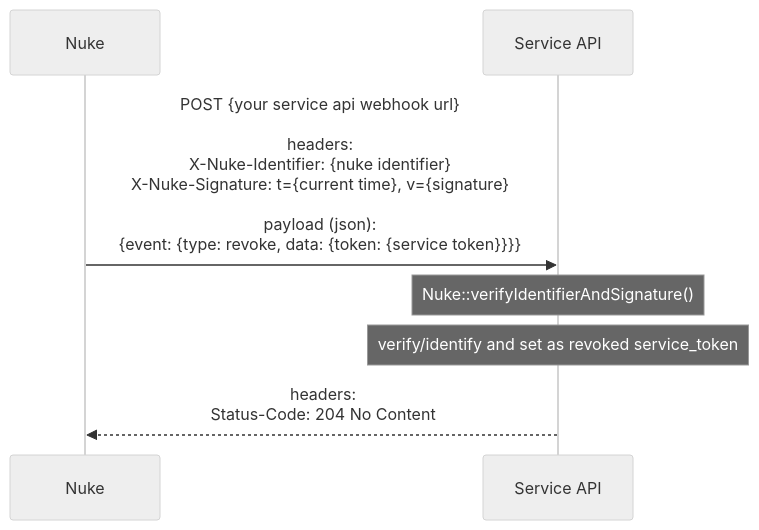
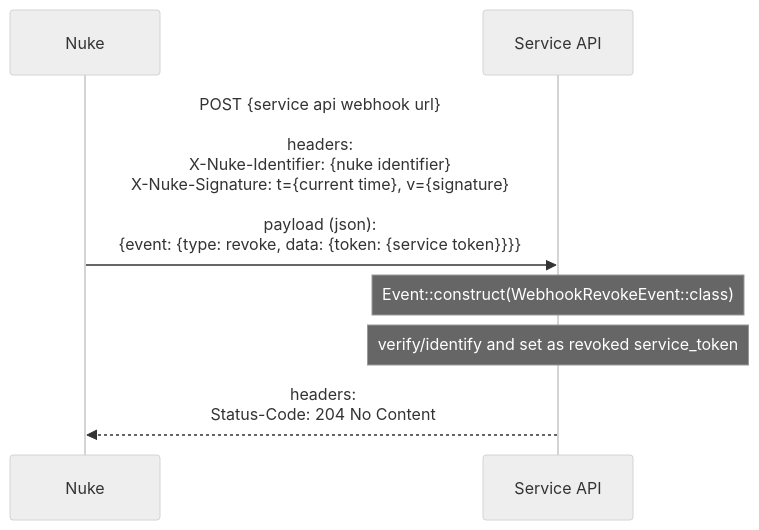
The fifth of 6 diagrams in README.md (nukefromorbit/nuke-php), drawn with Mermaid (neutral theme) before and after one commit. The commit also changed other lines of this file and 15 other files, not shown here.

Commit message:
feat(nuke): service implementation

````diff
--- a/README.md
+++ b/README.md
@@ -60,13 +86,13 @@
 ```mermaid
 sequenceDiagram
     participant nuke as Nuke
     participant service_api as Service API
 
-    nuke ->> service_api: POST {your service api webhook url}<br><br>headers:<br>X-Nuke-Identifier: {nuke identifier}<br>X-Nuke-Signature: t={current time}, v={signature}<br><br>payload (json):<br>{event: {type: revoke, data: {token: {service token}}}}
+    nuke ->> service_api: POST {service api webhook url}<br><br>headers:<br>X-Nuke-Identifier: {nuke identifier}<br>X-Nuke-Signature: t={current time}, v={signature}<br><br>payload (json):<br>{event: {type: revoke, data: {token: {service token}}}}
 
-    note over service_api: Nuke::verifyIdentifierAndSignature()
+    note over service_api: Event::construct(WebhookRevokeEvent::class)
 
     note over service_api: verify/identify and set as revoked service_token
 
     service_api -->> nuke: headers:<br>Status-Code: 204 No Content
 ```
````
